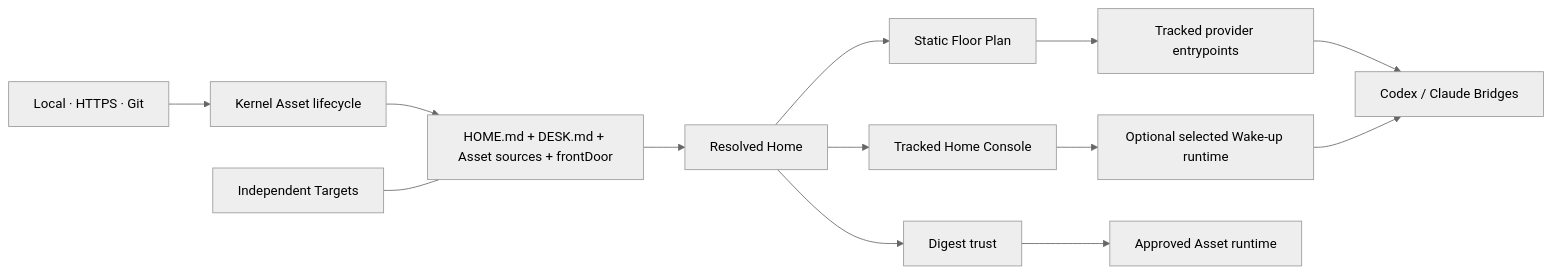
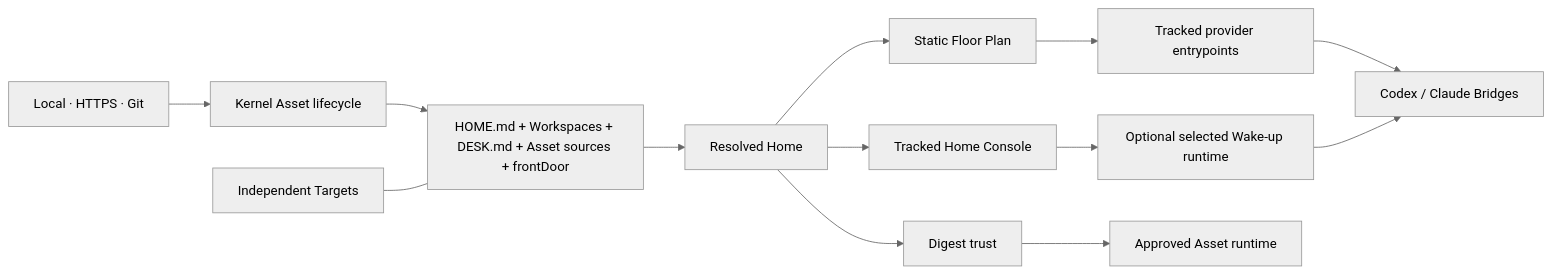
One commit to thevzion/endroit changed the diagram in docs/architecture.md. Above: the diagram before and after it, drawn with Mermaid (neutral theme). The commit also changed other lines of this file and 69 other files, not shown here.

````diff
--- a/docs/architecture.md
+++ b/docs/architecture.md
@@ -7,15 +7,15 @@
 ```mermaid
 flowchart LR
   source["Local · HTTPS · Git"] --> lifecycle["Kernel Asset lifecycle"]
-  lifecycle --> home["HOME.md + DESK.md + Asset sources + frontDoor"]
+  lifecycle --> home["HOME.md + Workspaces + DESK.md + Asset sources + frontDoor"]
   home --> resolve["Resolved Home"]
   resolve --> floor["Static Floor Plan"]
   floor --> projection["Tracked provider entrypoints"]
   resolve --> console["Tracked Home Console"]
   projection --> bridge["Codex / Claude Bridges"]
   console --> wake["Optional selected Wake-up runtime"]
   wake --> bridge
   resolve --> trust["Digest trust"]
   trust --> runtime["Approved Asset runtime"]
   target["Independent Targets"] --- home
 ```
````
